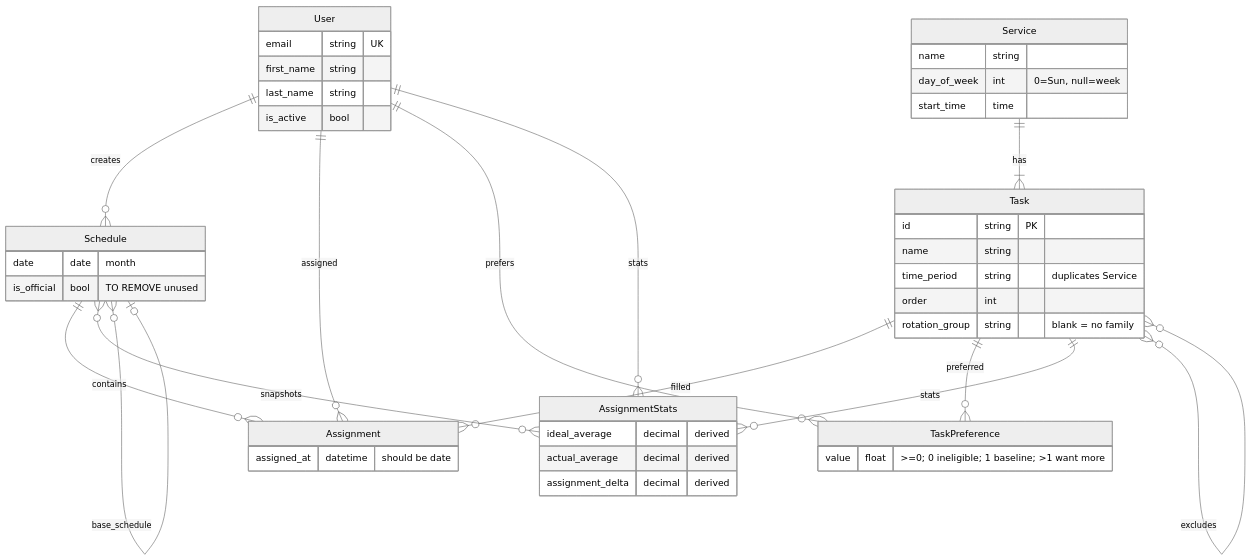
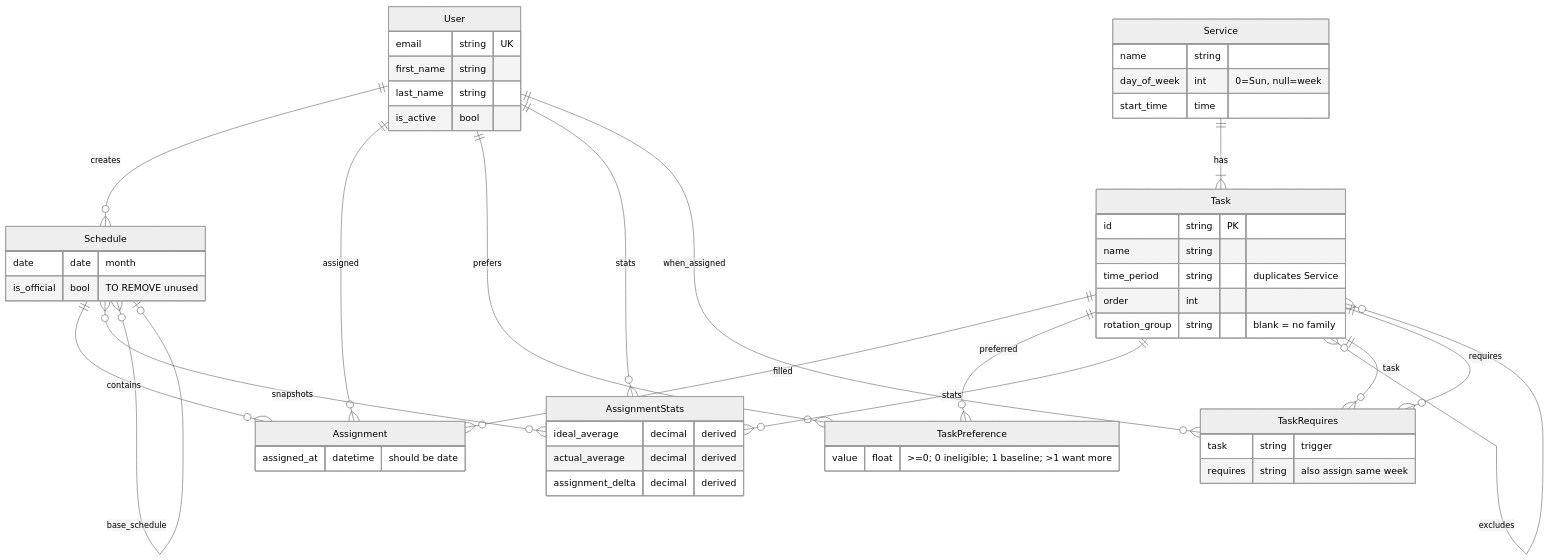
Before and after one commit to samtipton/service-scheduler: the diagram in README.md, drawn with Mermaid (neutral theme). The commit also changed other lines of this file and 9 other files, not shown here.

Commit message:
add TaskRequires table to require that two tasks be scheduled together for a user e.g. security and usher

````diff
--- a/README.md
+++ b/README.md
@@ -78,49 +78,56 @@
 ```mermaid
 erDiagram
     User ||--o{ Schedule : creates
     User ||--o{ Assignment : assigned
     User ||--o{ TaskPreference : prefers
     User ||--o{ AssignmentStats : stats
     Service ||--|{ Task : has
     Task ||--o{ Assignment : filled
     Task ||--o{ TaskPreference : preferred
     Task ||--o{ AssignmentStats : stats
     Task }o--o{ Task : excludes
+    User ||--o{ TaskRequires : when_assigned
+    Task ||--o{ TaskRequires : task
+    Task ||--o{ TaskRequires : requires
     Schedule ||--o{ Assignment : contains
     Schedule }o--o{ AssignmentStats : snapshots
     Schedule }o--o| Schedule : base_schedule
 
     User {
         email string UK
         first_name string
         last_name string
         is_active bool
     }
     Service {
         name string
         day_of_week int "0=Sun, null=week"
         start_time time
     }
     Task {
         id string PK
         name string
         time_period string "duplicates Service"
         order int
         rotation_group string "blank = no family"
     }
     TaskPreference {
         value float ">=0; 0 ineligible; 1 baseline; >1 want more"
     }
+    TaskRequires {
+        task string "trigger"
+        requires string "also assign same week"
+    }
     Schedule {
         date date "month"
         is_official bool "TO REMOVE unused"
     }
     Assignment {
         assigned_at datetime "should be date"
     }
     AssignmentStats {
         ideal_average decimal "derived"
         actual_average decimal "derived"
         assignment_delta decimal "derived"
     }
 ```
````
